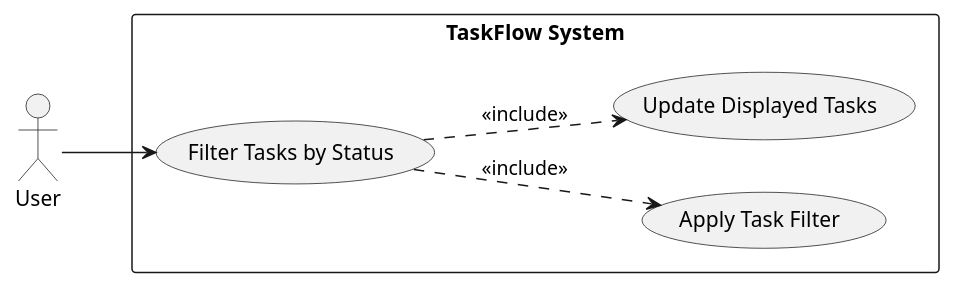
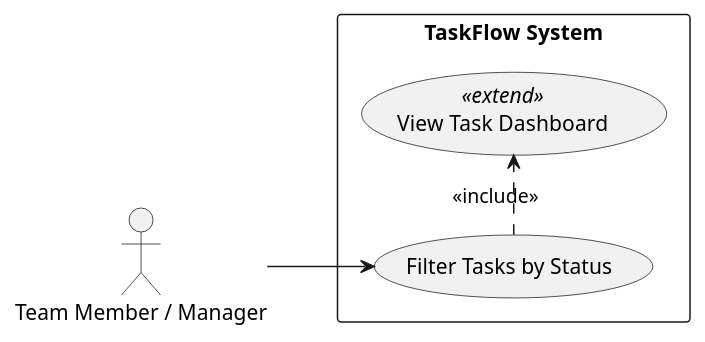
The ninth of 9 diagrams in artifacts/spec/spec.md (Chaman532003/framework), drawn with PlantUML before and after one commit. The commit also changed other lines of this file, not shown here.

````diff
--- a/artifacts/spec/spec.md
+++ b/artifacts/spec/spec.md
@@ -533,18 +547,16 @@
 ```plantuml
 @startuml
 left to right direction
 skinparam packageStyle rectangle
 
-actor User
+actor "Team Member / Manager" as User
 
 rectangle "TaskFlow System" {
   usecase (Filter Tasks by Status) as UC9
-  usecase (Apply Task Filter) as UC_ApplyFilter
-  usecase (Update Displayed Tasks) as UC_UpdateDisplay
+  usecase (View Task Dashboard) as UC8 <<extend>>
 }
 
 User --> UC9
-UC9 ..> UC_ApplyFilter : <<include>>
-UC9 ..> UC_UpdateDisplay : <<include>>
+UC9 .> UC8 : <<include>>
 @enduml
 ```
````
